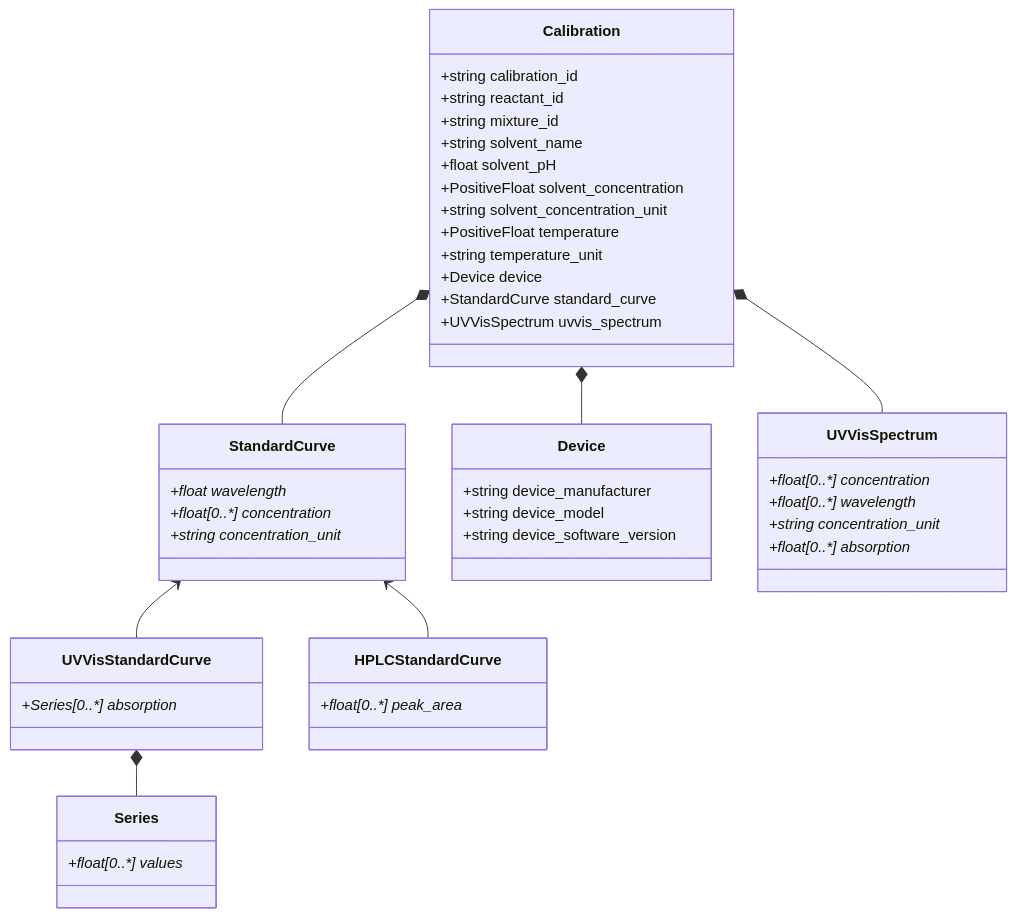
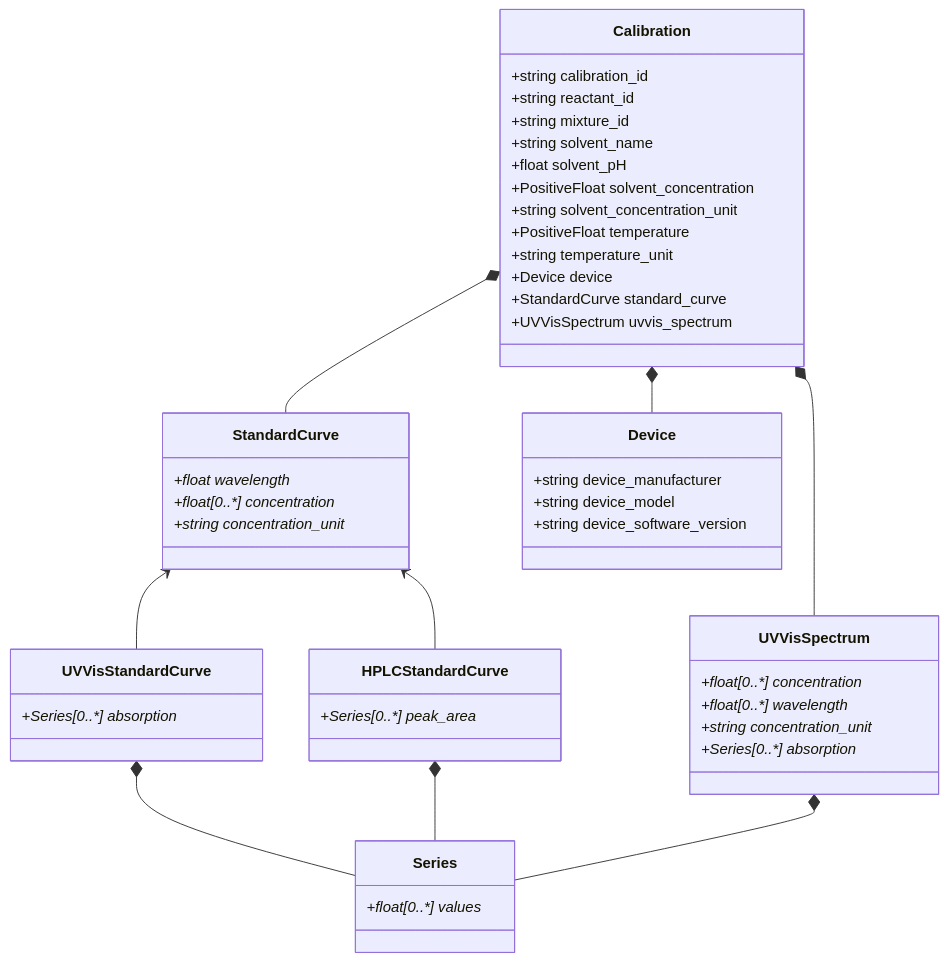
Before and after one commit to FAIRChemistry/datamodel_calibration: the diagram in datamodel_calibration/schemes/CalibrationDatamodel.md, drawn with Mermaid. The commit also changed 8 other files, not shown here.

````diff
--- a/datamodel_calibration/schemes/CalibrationDatamodel.md
+++ b/datamodel_calibration/schemes/CalibrationDatamodel.md
@@ -1,56 +1,58 @@
 ```mermaid
 classDiagram
     StandardCurve <-- UVVisStandardCurve
     StandardCurve <-- HPLCStandardCurve
     Calibration *-- Device
     Calibration *-- StandardCurve
     Calibration *-- UVVisSpectrum
     UVVisStandardCurve *-- Series
+    HPLCStandardCurve *-- Series
+    UVVisSpectrum *-- Series
     
     class Calibration {
         +string calibration_id
         +string reactant_id
         +string mixture_id
         +string solvent_name
         +float solvent_pH
         +PositiveFloat solvent_concentration
         +string solvent_concentration_unit
         +PositiveFloat temperature
         +string temperature_unit
         +Device device
         +StandardCurve standard_curve
         +UVVisSpectrum uvvis_spectrum
     }
     
     class Device {
         +string device_manufacturer
         +string device_model
         +string device_software_version
     }
     
     class StandardCurve {
         +float wavelength*
         +float[0..*] concentration*
         +string concentration_unit*
     }
     
     class UVVisStandardCurve {
         +Series[0..*] absorption*
     }
     
-    class Series {
-        +float[0..*] values*
-    }
-    
     class HPLCStandardCurve {
-        +float[0..*] peak_area*
+        +Series[0..*] peak_area*
     }
     
     class UVVisSpectrum {
         +float[0..*] concentration*
         +float[0..*] wavelength*
         +string concentration_unit*
-        +float[0..*] absorption*
+        +Series[0..*] absorption*
+    }
+    
+    class Series {
+        +float[0..*] values*
     }
     
 ```
````
